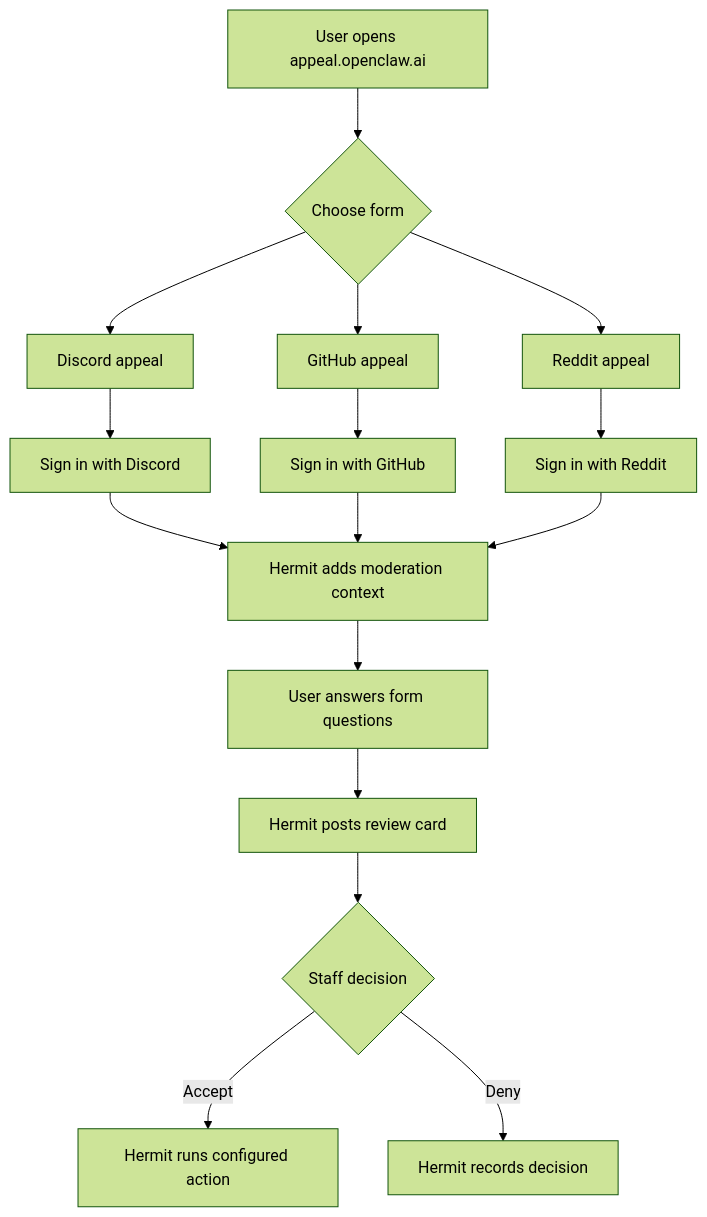
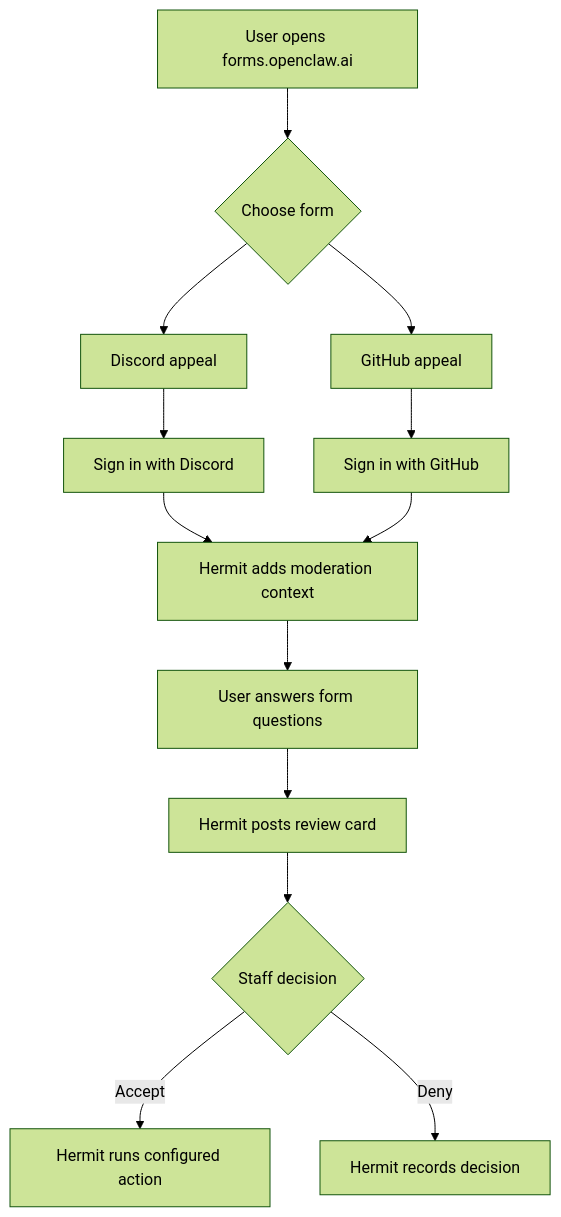
The diagram in appeals-and-reports.md (openclaw/community), drawn with Mermaid (forest theme) before and after one commit. The commit also changed other lines of this file and 3 other files, not shown here.

````diff
--- a/appeals-and-reports.md
+++ b/appeals-and-reports.md
@@ -32,18 +27,15 @@
 ```mermaid
 flowchart TD
-  U[User opens appeal.openclaw.ai] --> F{Choose form}
+  U[User opens forms.openclaw.ai] --> F{Choose form}
   F --> D[Discord appeal]
   F --> G[GitHub appeal]
-  F --> R[Reddit appeal]
   D --> DA[Sign in with Discord]
   G --> GA[Sign in with GitHub]
-  R --> RA[Sign in with Reddit]
   DA --> C[Hermit adds moderation context]
   GA --> C
-  RA --> C
   C --> Q[User answers form questions]
   Q --> M[Hermit posts review card]
   M --> A{Staff decision}
   A -->|Accept| X[Hermit runs configured action]
   A -->|Deny| Y[Hermit records decision]
 ```
````
